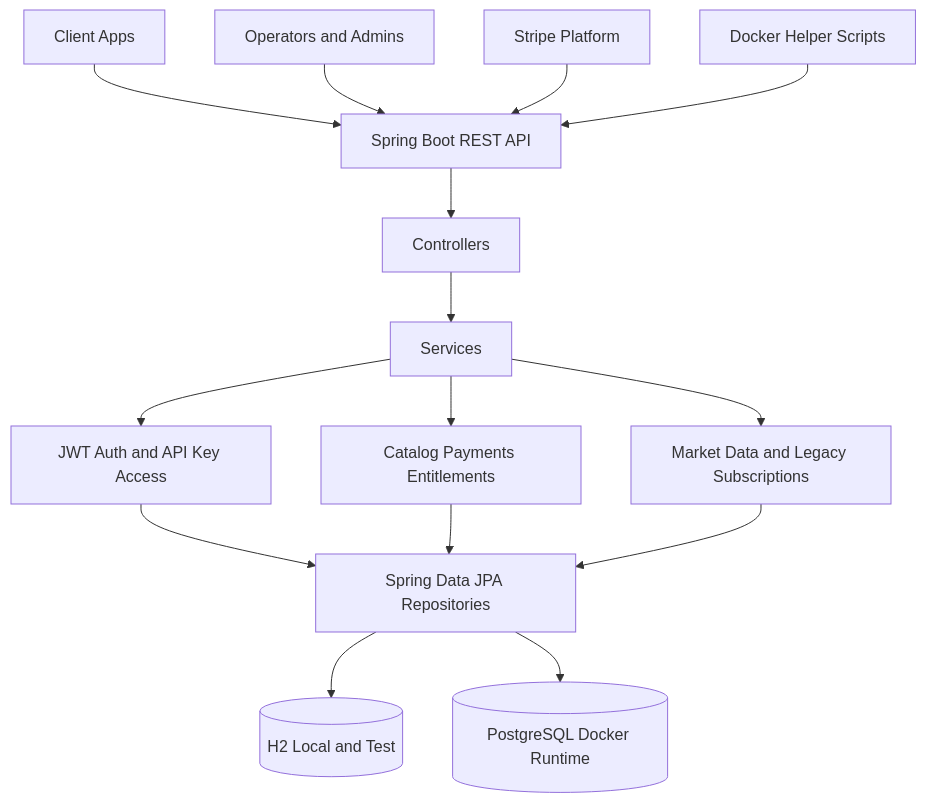
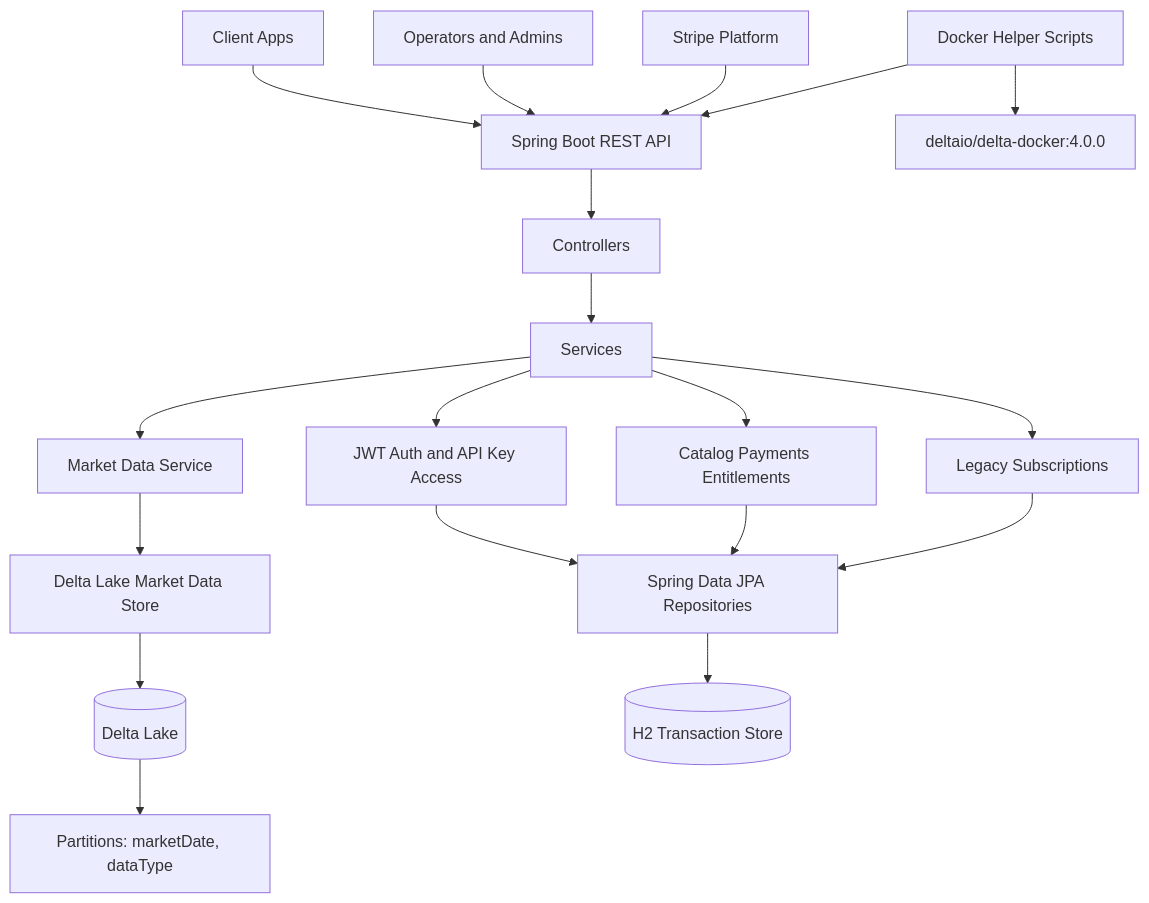
The diagram in docs/diagrams/architecture-overview.md (khab40/spring-boot-java-refresh), drawn with Mermaid before and after one commit. The commit also changed 18 other files, not shown here.

Commit message:
feat: add Delta Lake market data storage and update architecture docs

````diff
--- a/docs/diagrams/architecture-overview.md
+++ b/docs/diagrams/architecture-overview.md
@@ -7,17 +7,21 @@
 ```mermaid
 graph TB
     Client[Client Apps] --> Api[Spring Boot REST API]
     Admin[Operators and Admins] --> Api
     Stripe[Stripe Platform] --> Api
     Api --> Controllers[Controllers]
     Controllers --> Services[Services]
     Services --> Security[JWT Auth and API Key Access]
     Services --> Commerce[Catalog Payments Entitlements]
-    Services --> Legacy[Market Data and Legacy Subscriptions]
+    Services --> Market[Market Data Service]
+    Services --> Legacy[Legacy Subscriptions]
     Security --> Repositories[Spring Data JPA Repositories]
     Commerce --> Repositories
     Legacy --> Repositories
-    Repositories --> H2[(H2 Local and Test)]
-    Repositories --> Pg[(PostgreSQL Docker Runtime)]
+    Market --> DeltaStore[Delta Lake Market Data Store]
+    DeltaStore --> Delta[(Delta Lake)]
+    Repositories --> H2[(H2 Transaction Store)]
+    Delta --> Partitioning[Partitions: marketDate, dataType]
     Scripts[Docker Helper Scripts] --> Api
+    Scripts --> DeltaContainer[deltaio/delta-docker:4.0.0]
 ```
````
